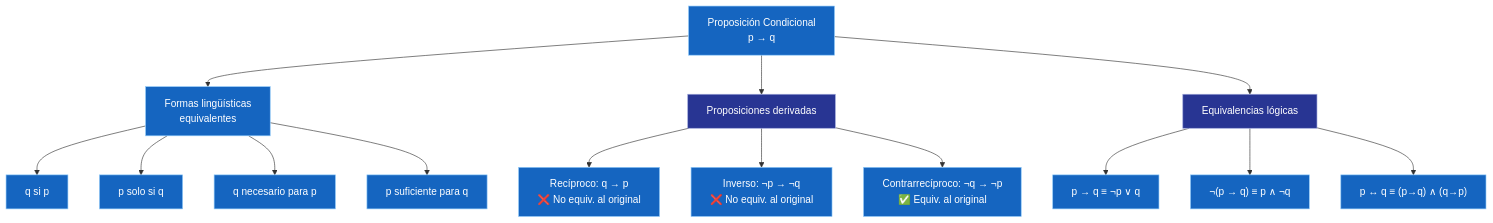
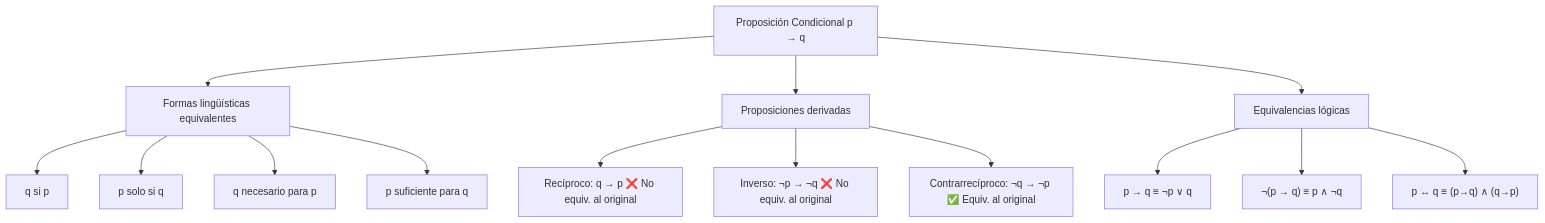
The first of 2 diagrams in src/site/notes/Universidad/3er Semestre/Matemáticas Discretas/Unidad 1 - Logica y Conjuntos/I - Lógica Proporcional/02 - Proposiciones Condicionales y Equivalencia Lógica.md (Fsteven22/Notas-ESPOL), drawn with Mermaid before and after one commit. The commit also changed other lines of this file and 179 other files, not shown here.

````diff
--- a/src/site/notes/Universidad/3er Semestre/Matemáticas Discretas/Unidad 1 - Logica y Conjuntos/I - Lógica Proporcional/02 - Proposiciones Condicionales y Equivalencia Lógica.md
+++ b/src/site/notes/Universidad/3er Semestre/Matemáticas Discretas/Unidad 1 - Logica y Conjuntos/I - Lógica Proporcional/02 - Proposiciones Condicionales y Equivalencia Lógica.md
@@ -367,34 +363,20 @@
 ```mermaid
 graph TD
-    A["Proposición Condicional<br/>p → q"] --> B["Formas lingüísticas<br/>equivalentes"]
+    A["Proposición Condicional p → q"] --> B["Formas lingüísticas equivalentes"]
     A --> C["Proposiciones derivadas"]
     A --> D["Equivalencias lógicas"]
 
     B --> B1["q si p"]
     B --> B2["p solo si q"]
     B --> B3["q necesario para p"]
     B --> B4["p suficiente para q"]
 
-    C --> C1["Recíproco: q → p<br/>❌ No equiv. al original"]
-    C --> C2["Inverso: ¬p → ¬q<br/>❌ No equiv. al original"]
-    C --> C3["Contrarrecíproco: ¬q → ¬p<br/>✅ Equiv. al original"]
+    C --> C1["Recíproco: q → p ❌ No equiv. al original"]
+    C --> C2["Inverso: ¬p → ¬q ❌ No equiv. al original"]
+    C --> C3["Contrarrecíproco: ¬q → ¬p ✅ Equiv. al original"]
 
     D --> D1["p → q ≡ ¬p ∨ q"]
     D --> D2["¬(p → q) ≡ p ∧ ¬q"]
     D --> D3["p ↔ q ≡ (p→q) ∧ (q→p)"]
-    style A fill:#1565C0,color:#FFFFFF,stroke:#90CAF9,stroke-width:1px
-    style B fill:#1565C0,color:#FFFFFF,stroke:#90CAF9,stroke-width:1px
-    style B1 fill:#1565C0,color:#FFFFFF,stroke:#90CAF9,stroke-width:1px
-    style B2 fill:#1565C0,color:#FFFFFF,stroke:#90CAF9,stroke-width:1px
-    style B3 fill:#1565C0,color:#FFFFFF,stroke:#90CAF9,stroke-width:1px
-    style B4 fill:#1565C0,color:#FFFFFF,stroke:#90CAF9,stroke-width:1px
-    style C fill:#283593,color:#FFFFFF,stroke:#9FA8DA,stroke-width:1px
-    style C1 fill:#1565C0,color:#FFFFFF,stroke:#90CAF9,stroke-width:1px
-    style C2 fill:#1565C0,color:#FFFFFF,stroke:#90CAF9,stroke-width:1px
-    style C3 fill:#1565C0,color:#FFFFFF,stroke:#90CAF9,stroke-width:1px
-    style D fill:#283593,color:#FFFFFF,stroke:#9FA8DA,stroke-width:1px
-    style D1 fill:#1565C0,color:#FFFFFF,stroke:#90CAF9,stroke-width:1px
-    style D2 fill:#1565C0,color:#FFFFFF,stroke:#90CAF9,stroke-width:1px
-    style D3 fill:#1565C0,color:#FFFFFF,stroke:#90CAF9,stroke-width:1px
 
 ```
````
